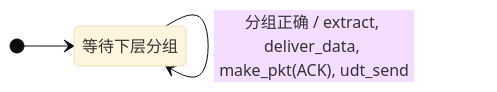
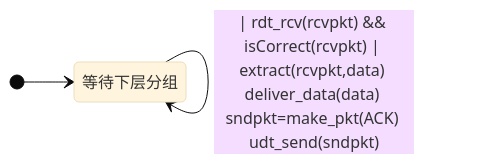
Before and after one commit to Meer-Matze/Meer-Matze.github.io: the ninth of 26 diagrams in src/content/posts/运输层.md, drawn with Mermaid (base theme). The commit also changed other lines of this file, not shown here.

````diff
--- a/src/content/posts/运输层.md
+++ b/src/content/posts/运输层.md
@@ -349,8 +344,8 @@
 ```mermaid
 stateDiagram-v2
     direction LR
     [*] --> WaitPkt
     WaitPkt: 等待下层分组
-    WaitPkt --> WaitPkt: 分组损坏 / make_pkt(NAK), udt_send
-    WaitPkt --> WaitPkt: 分组正确 / extract, deliver_data, make_pkt(ACK), udt_send
+    WaitPkt --> WaitPkt: | rdt_rcv(rcvpkt) && !isCorrect(rcvpkt) | sndpkt=make_pkt(NAK) udt_send(sndpkt)
+    WaitPkt --> WaitPkt: | rdt_rcv(rcvpkt) && isCorrect(rcvpkt) | extract(rcvpkt,data) deliver_data(data) sndpkt=make_pkt(ACK) udt_send(sndpkt)
 ```
````
